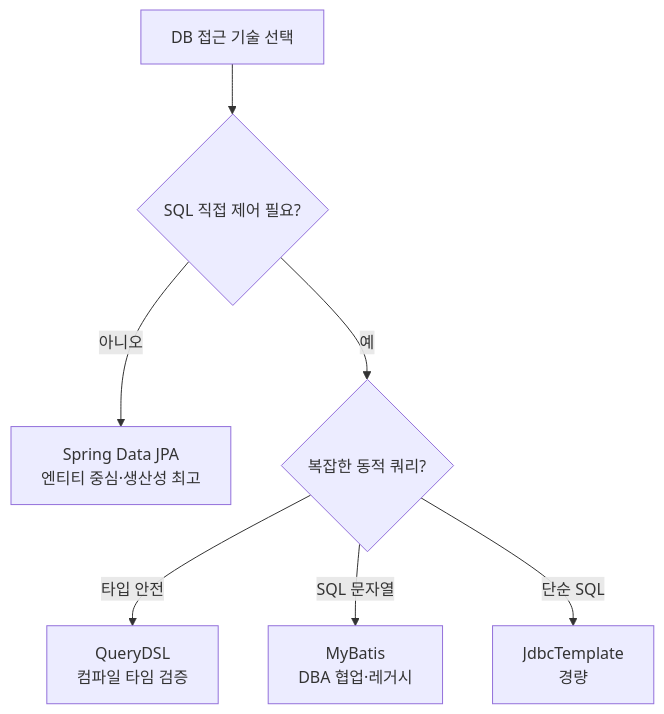
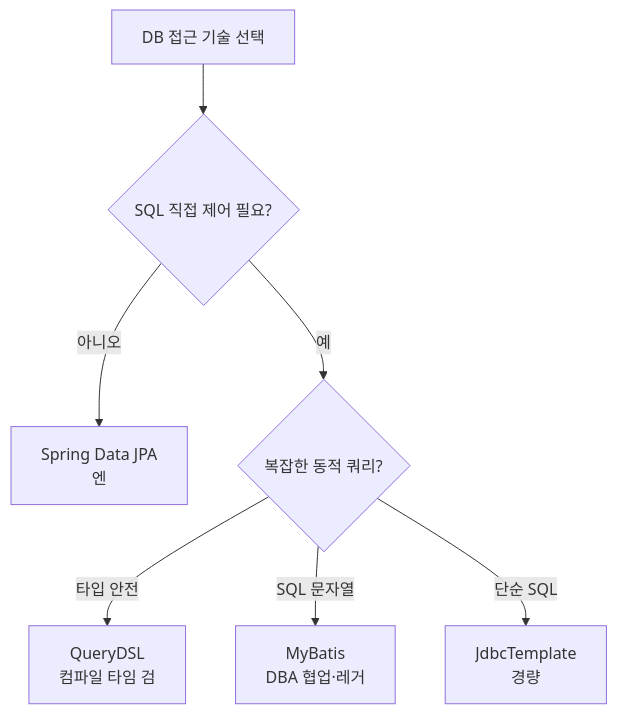
One commit to yjkim2015/yjkim2015.github.io changed the fourth of 4 diagrams in _posts/spring/2026-05-02-spring-db-2.md. Above: the diagram before and after it, drawn with Mermaid. The commit also changed other lines of this file and 271 other files, not shown here.

First line of the commit message:
Mermaid 라벨 축소: 긴 노드 텍스트 18자 이하로 트림 + \n 제거

````diff
--- a/_posts/spring/2026-05-02-spring-db-2.md
+++ b/_posts/spring/2026-05-02-spring-db-2.md
@@ -642,9 +642,9 @@
 ```mermaid
 flowchart TD
     A["DB 접근 기술 선택"] --> B{"SQL 직접 제어 필요?"}
-    B -->|"아니오"| C["Spring Data JPA\n엔티티 중심·생산성 최고"]
+    B -->|"아니오"| C["Spring Data JPA\n엔"]
     B -->|"예"| D{"복잡한 동적 쿼리?"}
-    D -->|"타입 안전"| E["QueryDSL\n컴파일 타임 검증"]
-    D -->|"SQL 문자열"| F["MyBatis\nDBA 협업·레거시"]
+    D -->|"타입 안전"| E["QueryDSL\n컴파일 타임 검"]
+    D -->|"SQL 문자열"| F["MyBatis\nDBA 협업·레거"]
     D -->|"단순 SQL"| G["JdbcTemplate\n경량"]
 ```
````
